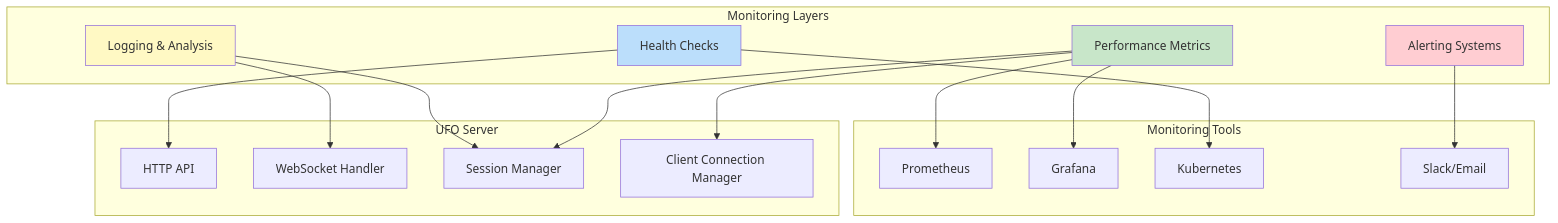
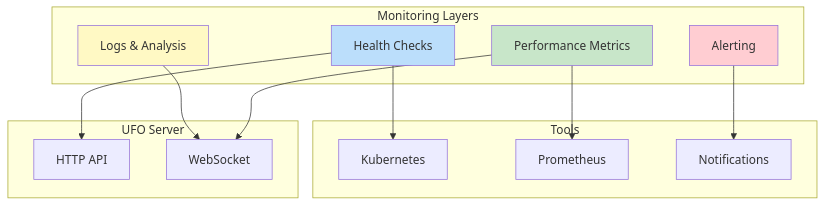
One commit to microsoft/UFO changed the diagram in documents/docs/server/monitoring.md. Above: the diagram before and after it, drawn with Mermaid. The commit also changed other lines of this file and 27 other files, not shown here.

````diff
--- a/documents/docs/server/monitoring.md
+++ b/documents/docs/server/monitoring.md
@@ -8,39 +10,33 @@
 ```mermaid
 graph TB
     subgraph "Monitoring Layers"
         Health[Health Checks]
         Metrics[Performance Metrics]
-        Logs[Logging & Analysis]
-        Alerts[Alerting Systems]
+        Logs[Logs & Analysis]
+        Alerts[Alerting]
     end
     
     subgraph "UFO Server"
         API[HTTP API]
-        WS[WebSocket Handler]
-        SM[Session Manager]
-        WSM[Client Connection Manager]
+        WS[WebSocket]
     end
     
-    subgraph "Monitoring Tools"
+    subgraph "Tools"
+        K8s[Kubernetes]
         Prom[Prometheus]
-        Graf[Grafana]
-        K8s[Kubernetes]
-        Slack[Slack/Email]
+        Slack[Notifications]
     end
     
     Health --> API
-    Metrics --> SM
-    Metrics --> WSM
+    Metrics --> WS
     Logs --> WS
-    Logs --> SM
     
     Health --> K8s
     Metrics --> Prom
-    Metrics --> Graf
     Alerts --> Slack
     
     style Health fill:#bbdefb
     style Metrics fill:#c8e6c9
     style Logs fill:#fff9c4
     style Alerts fill:#ffcdd2
 ```
````
